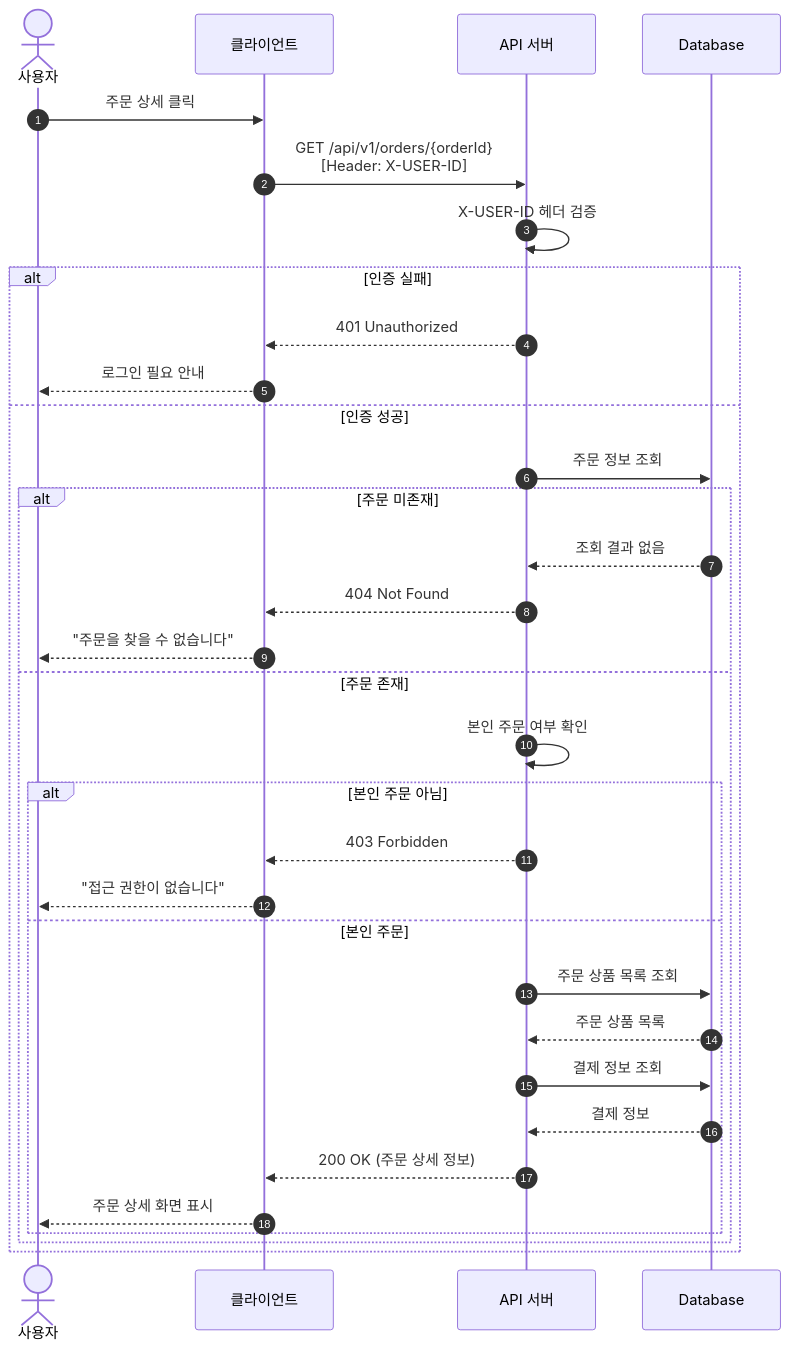
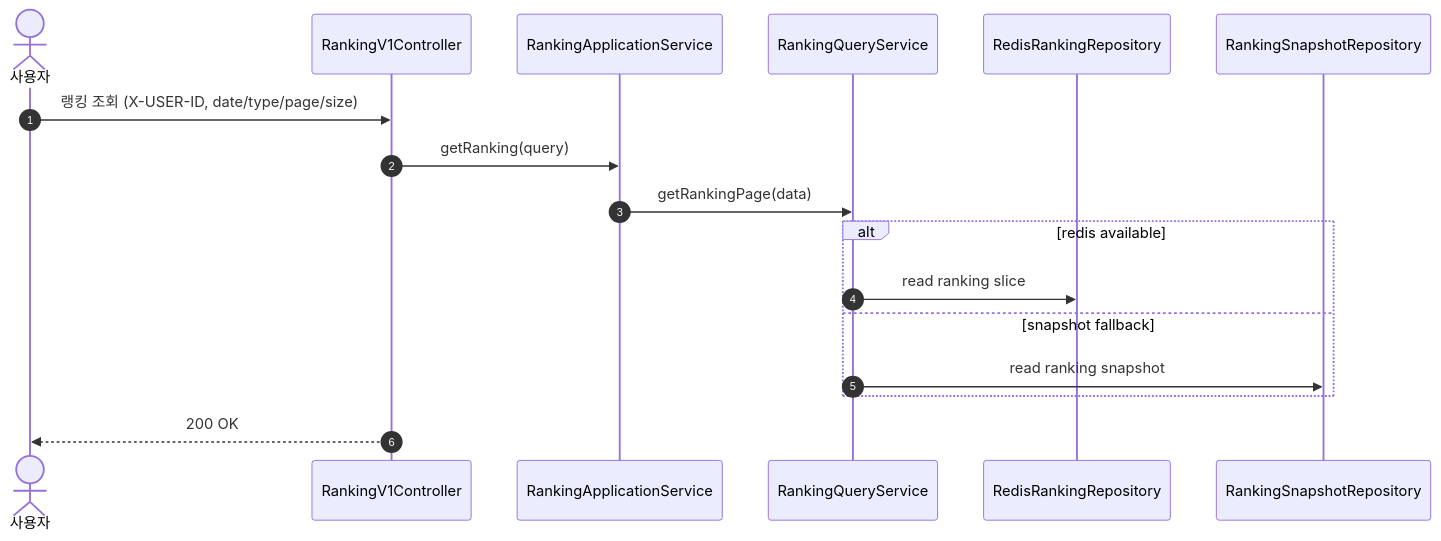
One commit to yht0827/my-commerce changed diagram 15 of 15 in docs/02-sequence-diagrams.md. Above: the diagram before and after it, drawn with Mermaid. The commit also changed other lines of this file and 258 other files, not shown here.

````diff
--- a/docs/02-sequence-diagrams.md
+++ b/docs/02-sequence-diagrams.md
@@ -581,40 +454,20 @@
 ```mermaid
 sequenceDiagram
     autonumber
     actor User as 사용자
-    participant Client as 클라이언트
-    participant Server as API 서버
-    participant DB as Database
+    participant API as RankingV1Controller
+    participant App as RankingApplicationService
+    participant Domain as RankingQueryService
+    participant Redis as RedisRankingRepository
+    participant DB as RankingSnapshotRepository
 
-    User->>Client: 주문 상세 클릭
-    Client->>Server: GET /api/v1/orders/{orderId}<br/>[Header: X-USER-ID]
-
-    Server->>Server: X-USER-ID 헤더 검증
-
-    alt 인증 실패
-        Server-->>Client: 401 Unauthorized
-        Client-->>User: 로그인 필요 안내
-    else 인증 성공
-        Server->>DB: 주문 정보 조회
-
-        alt 주문 미존재
-            DB-->>Server: 조회 결과 없음
-            Server-->>Client: 404 Not Found
-            Client-->>User: "주문을 찾을 수 없습니다"
-        else 주문 존재
-            Server->>Server: 본인 주문 여부 확인
-
-            alt 본인 주문 아님
-                Server-->>Client: 403 Forbidden
-                Client-->>User: "접근 권한이 없습니다"
-            else 본인 주문
-                Server->>DB: 주문 상품 목록 조회
-                DB-->>Server: 주문 상품 목록
-                Server->>DB: 결제 정보 조회
-                DB-->>Server: 결제 정보
-                Server-->>Client: 200 OK (주문 상세 정보)
-                Client-->>User: 주문 상세 화면 표시
-            end
-        end
+    User->>API: 랭킹 조회 (X-USER-ID, date/type/page/size)
+    API->>App: getRanking(query)
+    App->>Domain: getRankingPage(data)
+    alt redis available
+        Domain->>Redis: read ranking slice
+    else snapshot fallback
+        Domain->>DB: read ranking snapshot
     end
+    API-->>User: 200 OK
 ```
````
